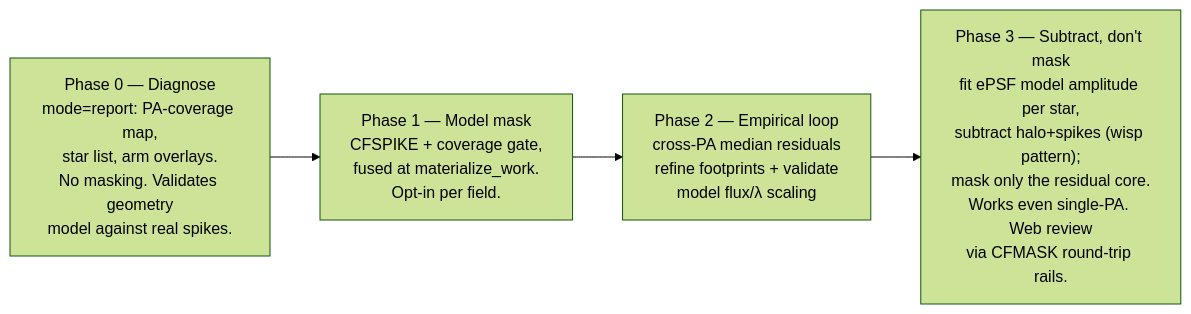
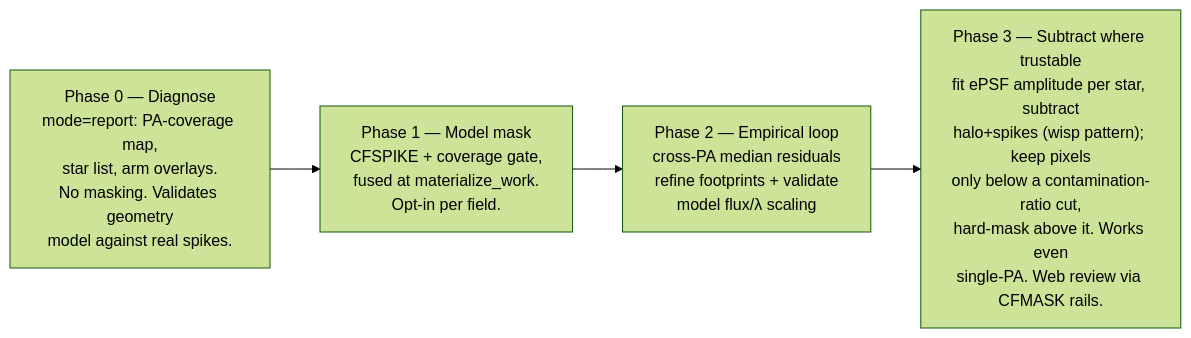
The fourth of 4 diagrams in docs/design-nircam-spike-masking.md (hollisakins/campfire), drawn with Mermaid (forest theme) before and after one commit. The commit also changed other lines of this file, not shown here.

First line of the commit message:
Spike masking design: JADES DR5 prior art + contamination-gated subtraction

````diff
--- a/docs/design-nircam-spike-masking.md
+++ b/docs/design-nircam-spike-masking.md
@@ -294,8 +345,8 @@
 ```mermaid
 flowchart LR
     p0["Phase 0 — Diagnose<br/>mode=report: PA-coverage map,<br/>star list, arm overlays.<br/>No masking. Validates geometry<br/>model against real spikes."]
     p1["Phase 1 — Model mask<br/>CFSPIKE + coverage gate,<br/>fused at materialize_work.<br/>Opt-in per field."]
     p2["Phase 2 — Empirical loop<br/>cross-PA median residuals<br/>refine footprints + validate<br/>model flux/λ scaling"]
-    p3["Phase 3 — Subtract, don't mask<br/>fit ePSF model amplitude per star,<br/>subtract halo+spikes (wisp pattern);<br/>mask only the residual core.<br/>Works even single-PA. Web review<br/>via CFMASK round-trip rails."]
+    p3["Phase 3 — Subtract where trustable<br/>fit ePSF amplitude per star, subtract<br/>halo+spikes (wisp pattern); keep pixels<br/>only below a contamination-ratio cut,<br/>hard-mask above it. Works even<br/>single-PA. Web review via CFMASK rails."]
     p0 --> p1 --> p2 --> p3
 ```
````
